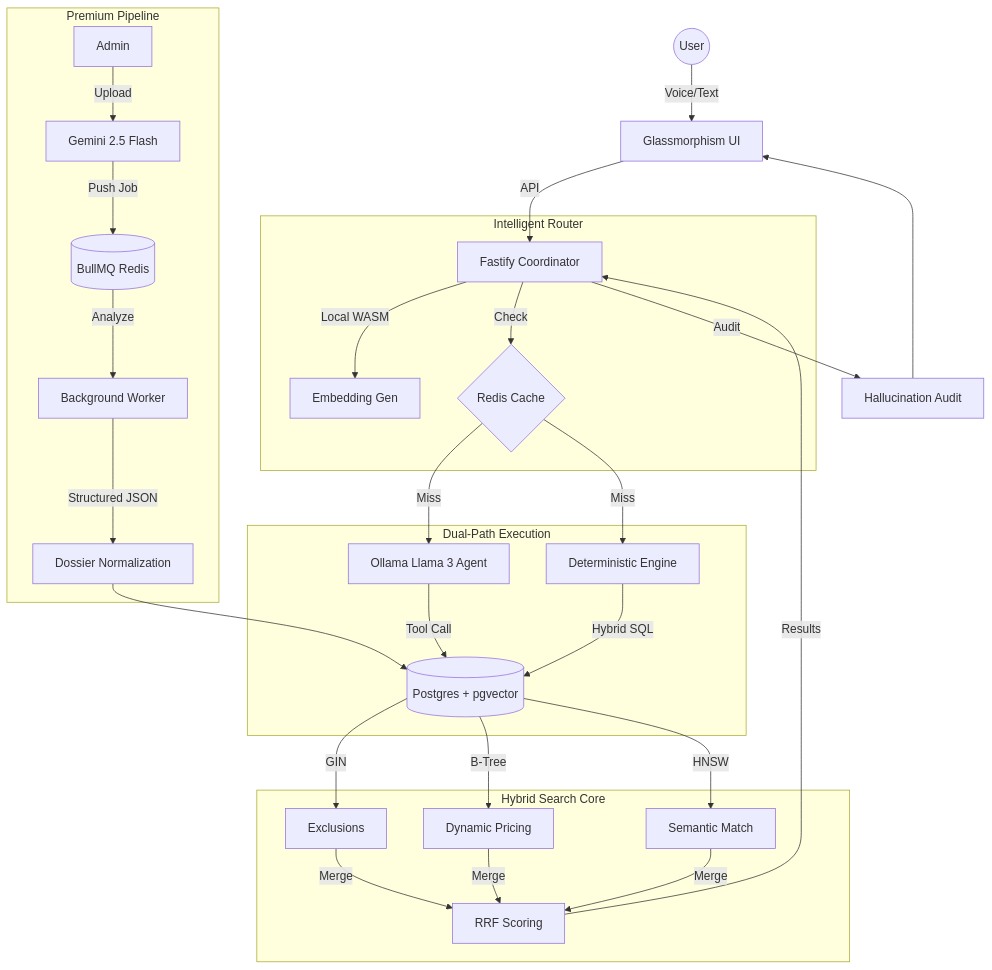
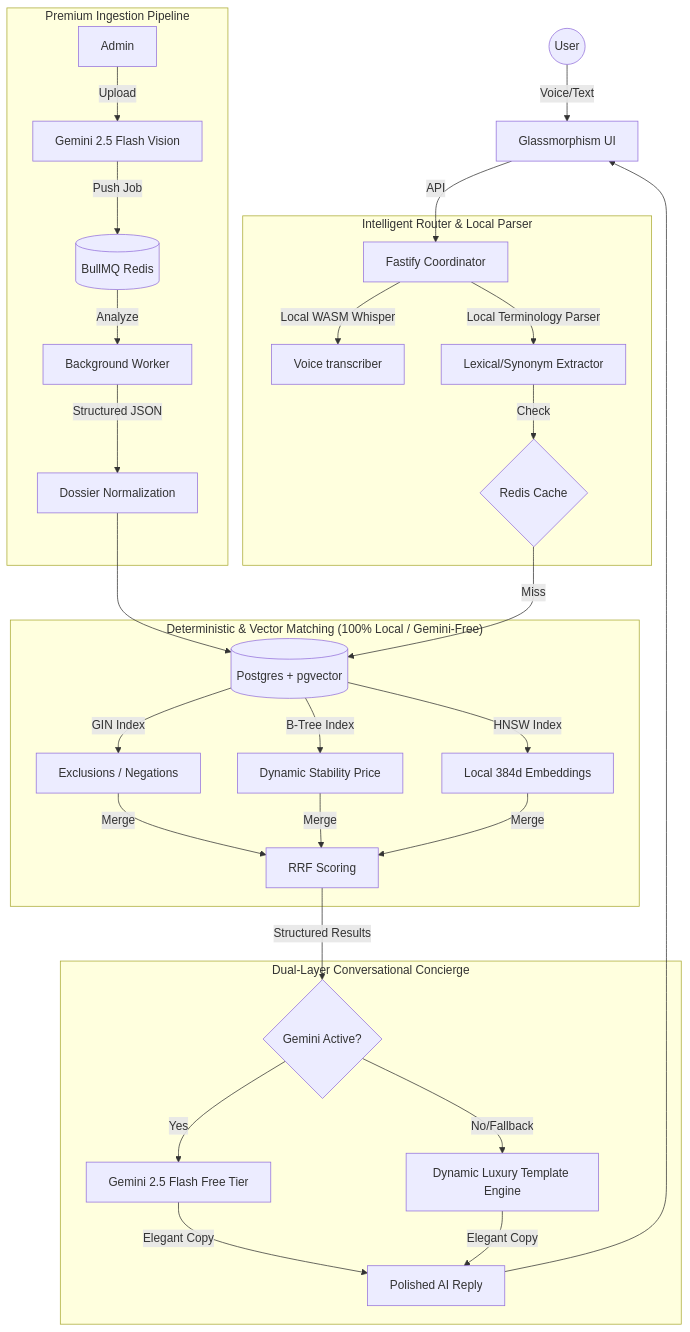
Before and after one commit to manish-9245/scalable-llm-search: the first of 2 diagrams in README.md, drawn with Mermaid. The commit also changed other lines of this file and 7 other files, not shown here.

Commit message:
docs: Update README to highlight local, Gemini-free search architecture and dual-layer concierge engine

````diff
--- a/README.md
+++ b/README.md
@@ -32,38 +33,39 @@
 ```mermaid
 graph TD
     User((User)) -->|Voice/Text| WebUI[Glassmorphism UI]
     WebUI -->|API| Server[Fastify Coordinator]
     
-    subgraph "Intelligent Router"
-        Server -->|Local WASM| Embed[Embedding Gen]
-        Server -->|Check| Cache{Redis Cache}
+    subgraph "Intelligent Router & Local Parser"
+        Server -->|Local WASM Whisper| Voice[Voice transcriber]
+        Server -->|Local Terminology Parser| Parser[Lexical/Synonym Extractor]
+        Parser -->|Check| Cache{Redis Cache}
     end
 
-    subgraph "Dual-Path Execution"
-        Cache -- Miss --> Agentic[Ollama Llama 3 Agent]
-        Cache -- Miss --> LocalPath[Deterministic Engine]
+    subgraph "Deterministic & Vector Matching (100% Local / Gemini-Free)"
+        Cache -- Miss --> DB[(Postgres + pgvector)]
         
-        Agentic -->|Tool Call| DB[(Postgres + pgvector)]
-        LocalPath -->|Hybrid SQL| DB
-    end
-
-    subgraph "Hybrid Search Core"
-        DB -->|GIN| Exclude[Exclusions]
-        DB -->|B-Tree| Price[Dynamic Pricing]
-        DB -->|HNSW| Vector[Semantic Match]
+        DB -->|GIN Index| Exclude[Exclusions / Negations]
+        DB -->|B-Tree Index| Price[Dynamic Stability Price]
+        DB -->|HNSW Index| Vector[Local 384d Embeddings]
         
         Exclude & Price & Vector -->|Merge| RRF[RRF Scoring]
     end
 
-    subgraph "Premium Pipeline"
-        Admin -->|Upload| Gemini[Gemini 2.5 Flash]
-        Gemini -->|Push Job| Queue[(BullMQ Redis)]
+    subgraph "Dual-Layer Conversational Concierge"
+        RRF -->|Structured Results| GenRouter{Gemini Active?}
+        GenRouter -->|Yes| Gemini[Gemini 2.5 Flash Free Tier]
+        GenRouter -->|No/Fallback| Template[Dynamic Luxury Template Engine]
+        Gemini -->|Elegant Copy| Output[Polished AI Reply]
+        Template -->|Elegant Copy| Output
+    end
+
+    subgraph "Premium Ingestion Pipeline"
+        Admin -->|Upload| GeminiIngest[Gemini 2.5 Flash Vision]
+        GeminiIngest -->|Push Job| Queue[(BullMQ Redis)]
         Queue -->|Analyze| Worker[Background Worker]
         Worker -->|Structured JSON| Normalize[Dossier Normalization]
         Normalize --> DB
     end
 
-    RRF -->|Results| Server
-    Server -->|Audit| GeminiCorrection[Hallucination Audit]
-    GeminiCorrection --> WebUI
+    Output --> WebUI
 ```
````
